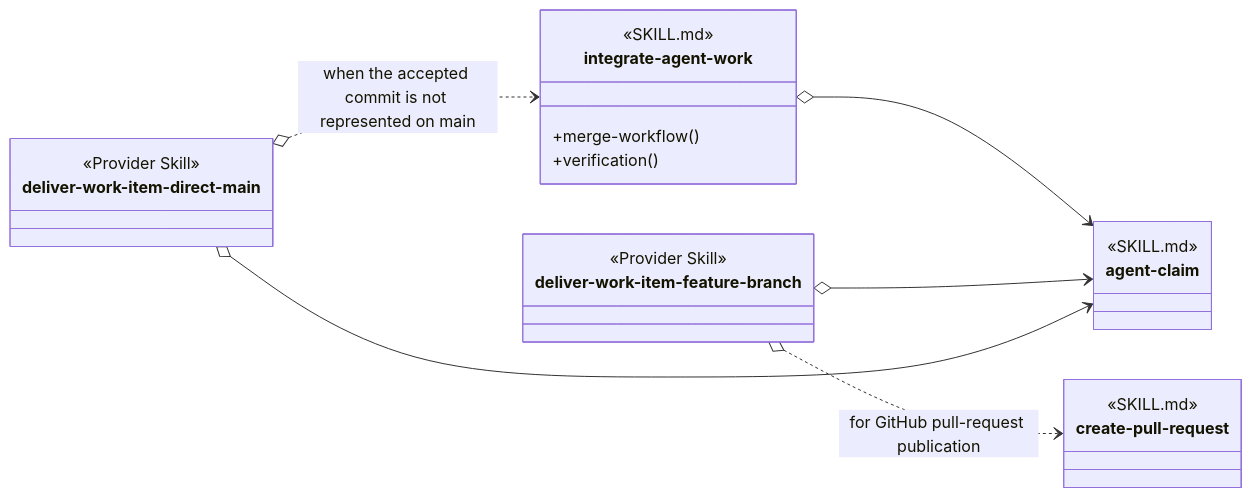
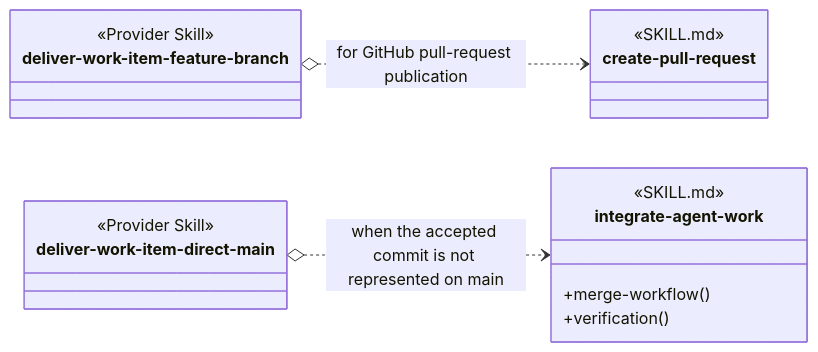
The sixth of 6 diagrams in design/skill-groups/concurrent-tasking.md (martinbechard/dev-methodology), drawn with Mermaid before and after one commit. The commit also changed other lines of this file, not shown here.

````diff
--- a/design/skill-groups/concurrent-tasking.md
+++ b/design/skill-groups/concurrent-tasking.md
@@ -357,35 +408,27 @@
 ```mermaid
 classDiagram
     direction LR
 
     class integrate-agent-work {
         <<SKILL.md>>
         <<Agent Skill>>
         +merge-workflow()
         +verification()
     }
 
     class deliver-work-item-feature-branch {
         <<Provider Skill>>
     }
 
     class deliver-work-item-direct-main {
         <<Provider Skill>>
         <<Cross-group>>
     }
 
-    class agent-claim {
-        <<SKILL.md>>
-        <<Cross-group>>
-    }
-
     class create-pull-request {
         <<SKILL.md>>
     }
 
-    integrate-agent-work o--> agent-claim
-    deliver-work-item-feature-branch o--> agent-claim
     deliver-work-item-feature-branch o..> create-pull-request : for GitHub pull-request publication
-    deliver-work-item-direct-main o--> agent-claim
     deliver-work-item-direct-main o..> integrate-agent-work : when the accepted commit is not represented on main
 ```
````
